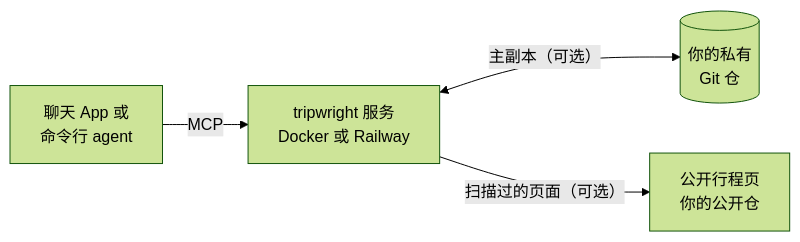
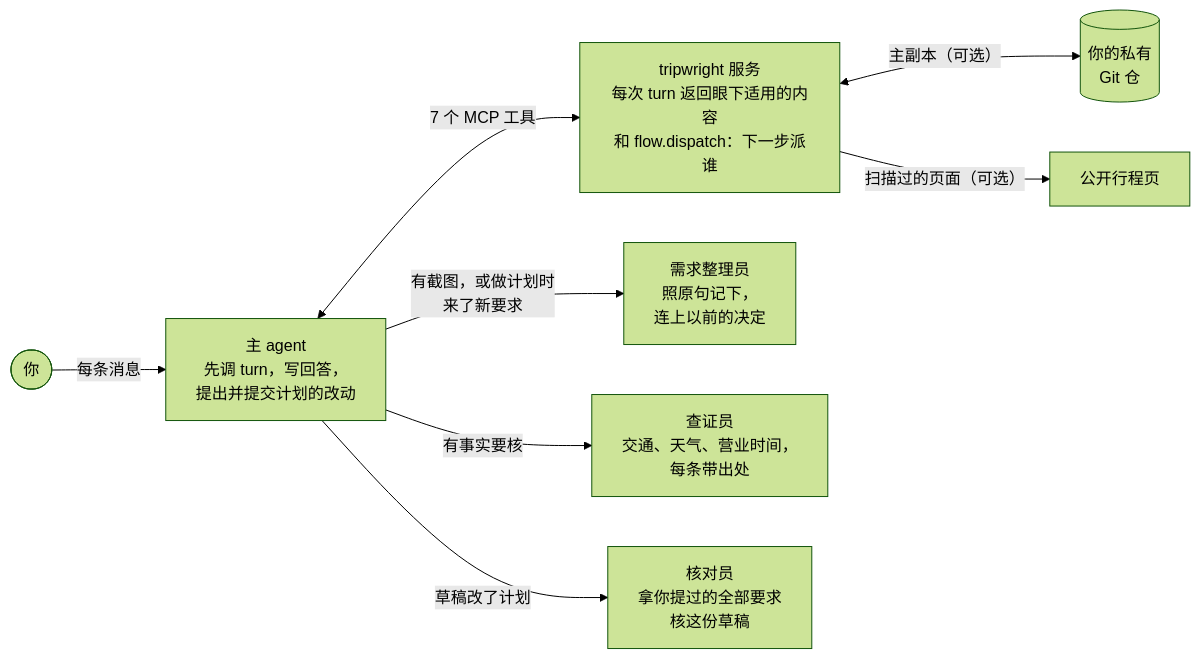
One commit to zlxdengtianhei/tripwright changed the first of 3 diagrams in README.zh-CN.md. Above: the diagram before and after it, drawn with Mermaid (forest theme). The commit also changed other lines of this file and 2 other files, not shown here.

````diff
--- a/README.zh-CN.md
+++ b/README.zh-CN.md
@@ -27,6 +27,10 @@
 ```mermaid
 flowchart LR
-    A["聊天 App 或<br/>命令行 agent"] -->|MCP| B["tripwright 服务<br/>Docker 或 Railway"]
-    B <-->|"主副本（可选）"| C[("你的私有<br/>Git 仓")]
-    B -->|"扫描过的页面（可选）"| D["公开行程页<br/>你的公开仓"]
+    U(["你"]) -->|"每条消息"| M["主 agent<br/>先调 turn，写回答，<br/>提出并提交计划的改动"]
+    M <-->|"7 个 MCP 工具"| S["tripwright 服务<br/>每次 turn 返回眼下适用的内容<br/>和 flow.dispatch：下一步派谁"]
+    M -->|"有截图，或做计划时<br/>来了新要求"| R["需求整理员<br/>照原句记下，<br/>连上以前的决定"]
+    M -->|"有事实要核"| Q["查证员<br/>交通、天气、营业时间，<br/>每条带出处"]
+    M -->|"草稿改了计划"| V["核对员<br/>拿你提过的全部要求<br/>核这份草稿"]
+    S <-->|"主副本（可选）"| G[("你的私有<br/>Git 仓")]
+    S -->|"扫描过的页面（可选）"| P["公开行程页"]
 ```
````
